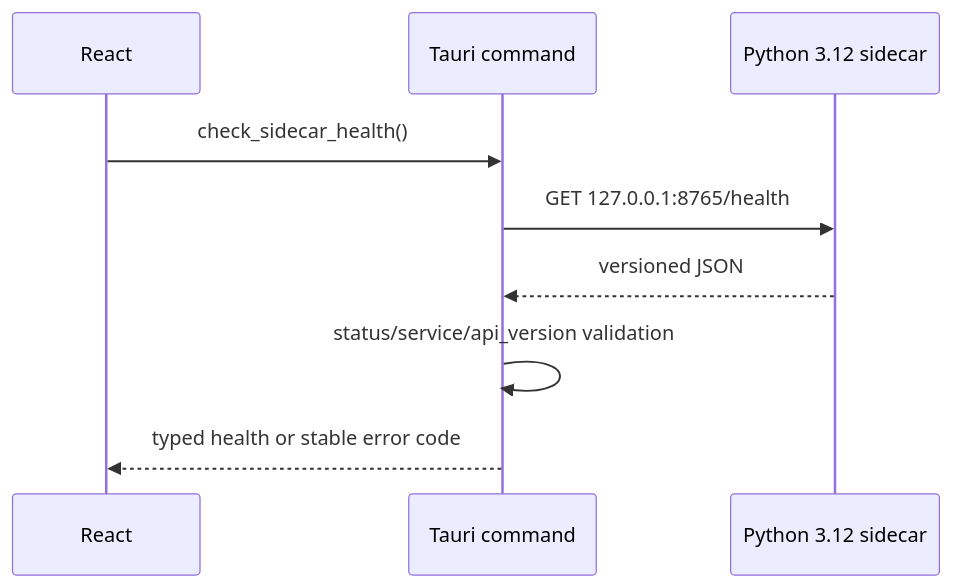
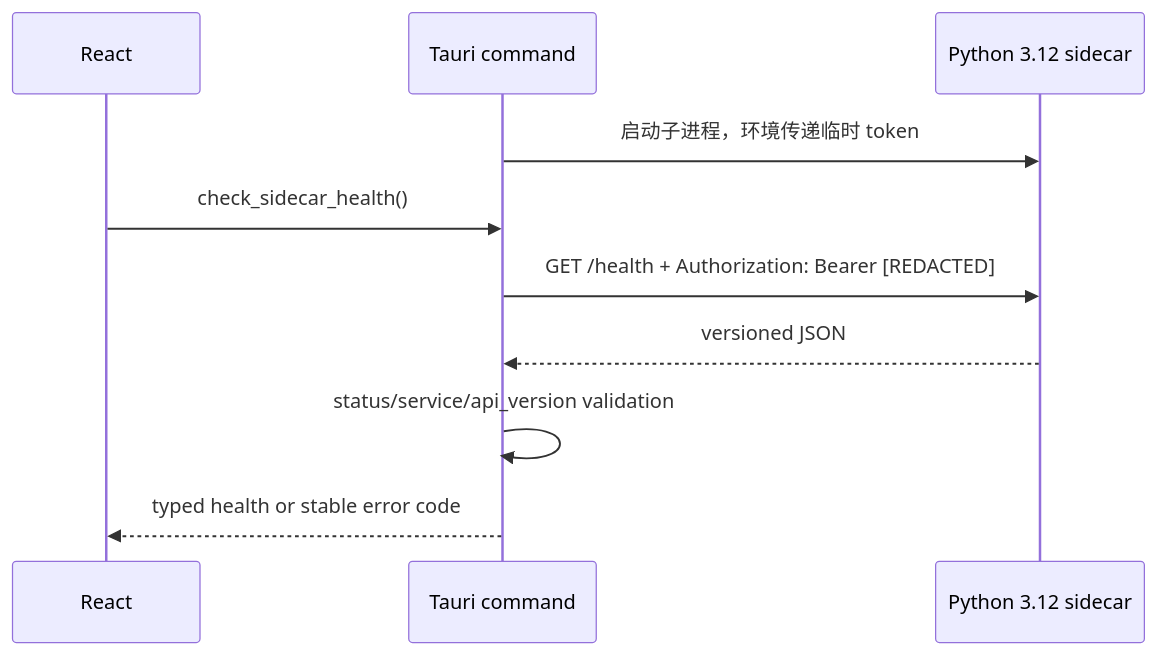
One commit to Gray-8a/MeetingLens changed the second of 3 diagrams in ARCHITECTURE.md. Above: the diagram before and after it, drawn with Mermaid. The commit also changed other lines of this file and 18 other files, not shown here.

````diff
--- a/ARCHITECTURE.md
+++ b/ARCHITECTURE.md
@@ -104,11 +105,12 @@
 ```mermaid
 sequenceDiagram
     participant UI as React
     participant Rust as Tauri command
     participant Sidecar as Python 3.12 sidecar
+    Rust->>Sidecar: 启动子进程，环境传递临时 token
     UI->>Rust: check_sidecar_health()
-    Rust->>Sidecar: GET 127.0.0.1:8765/health
+    Rust->>Sidecar: GET /health + Authorization: Bearer [REDACTED]
     Sidecar-->>Rust: versioned JSON
     Rust->>Rust: status/service/api_version validation
     Rust-->>UI: typed health or stable error code
 ```
````
